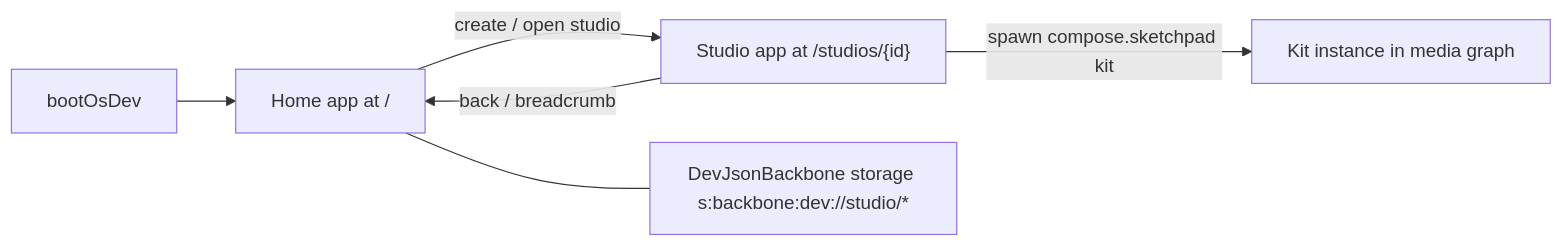
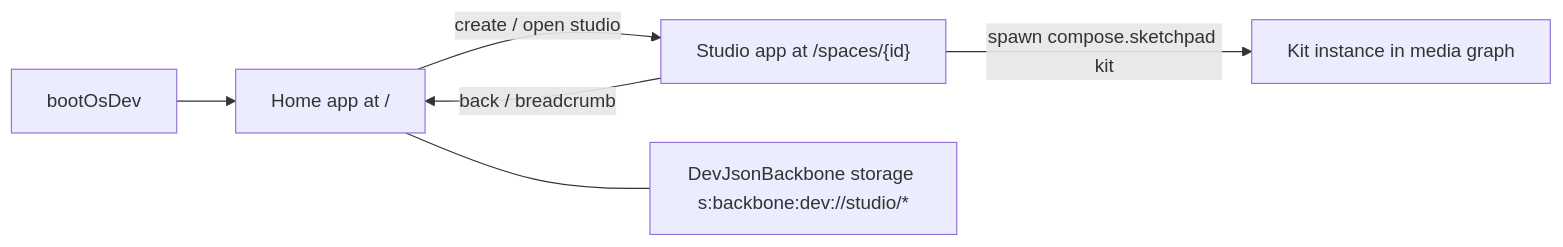
The diagram in .cursor/plans/os_home_and_studio_apps_3d2bdc82.plan.md (usalu/semio), drawn with Mermaid before and after one commit. The commit also changed other lines of this file and 1361 other files, not shown here.

````diff
--- a/.cursor/plans/os_home_and_studio_apps_3d2bdc82.plan.md
+++ b/.cursor/plans/os_home_and_studio_apps_3d2bdc82.plan.md
@@ -47,8 +47,8 @@
 ```mermaid
 flowchart LR
   Boot["bootOsDev"] --> HomeApp["Home app at /"]
-  HomeApp -->|"create / open studio"| StudioApp["Studio app at /studios/{id}"]
-  StudioApp -->|"spawn compose.sketchpad kit"| KitInstance["Kit instance in media graph"]
-  StudioApp -->|"back / breadcrumb"| HomeApp
+  HomeApp -->|"create / open studio"| SpaceApp["Studio app at /spaces/{id}"]
+  SpaceApp -->|"spawn compose.sketchpad kit"| KitInstance["Kit instance in media graph"]
+  SpaceApp -->|"back / breadcrumb"| HomeApp
   HomeApp --- Backbone["DevJsonBackbone storage s:backbone:dev://studio/*"]
 ```
````
